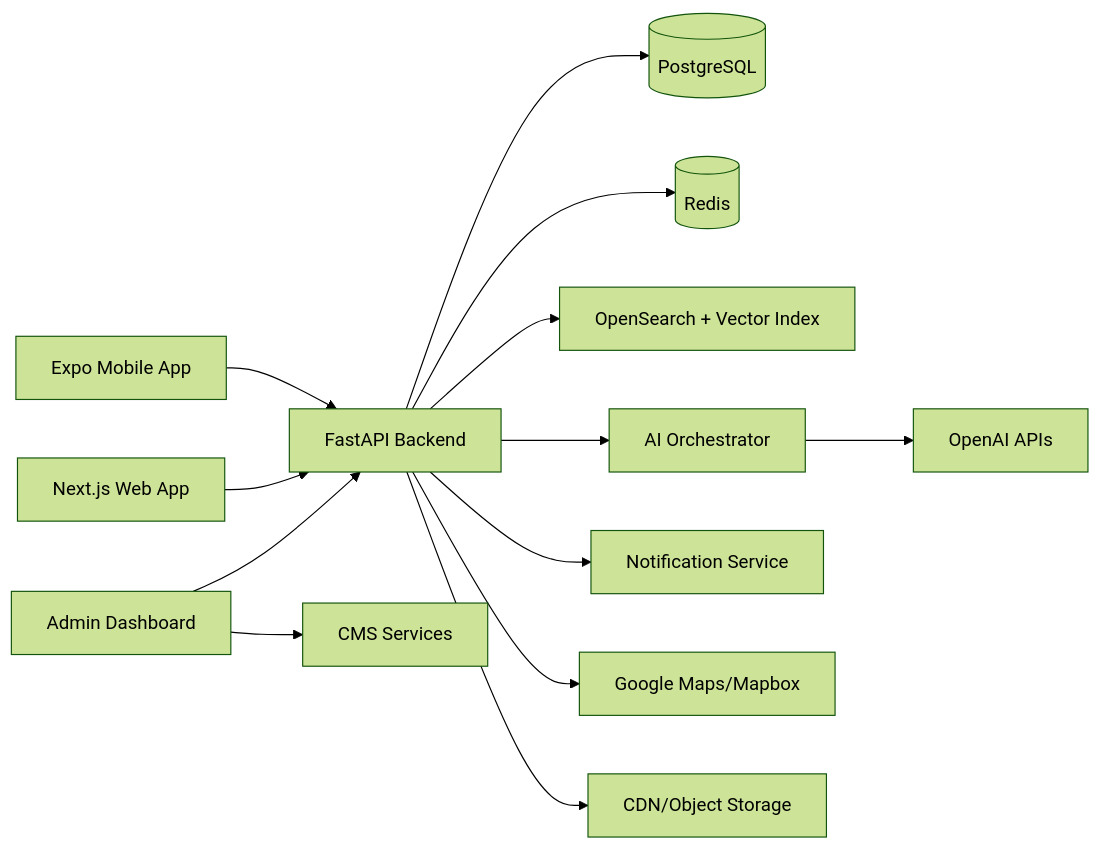
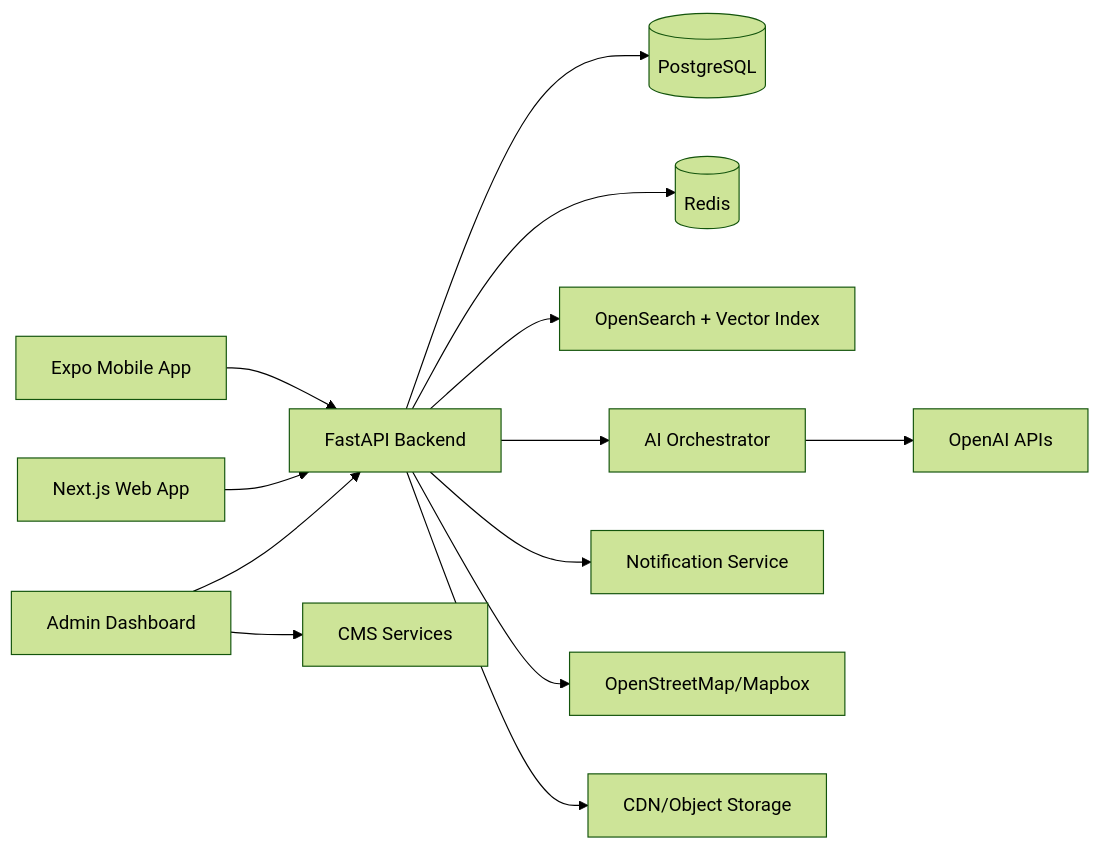
Diagram 17 of 19 in docs/product-blueprint.md (aiautotool/dulichvn), drawn with Mermaid (forest theme) before and after one commit. The commit also changed other lines of this file and 108 other files, not shown here.

````diff
--- a/docs/product-blueprint.md
+++ b/docs/product-blueprint.md
@@ -1925,15 +1925,15 @@
 ```mermaid
 flowchart LR
   Mobile[Expo Mobile App] --> API[FastAPI Backend]
   Web[Next.js Web App] --> API
   Admin[Admin Dashboard] --> API
   API --> PG[(PostgreSQL)]
   API --> Redis[(Redis)]
   API --> Search[OpenSearch + Vector Index]
   API --> AI[AI Orchestrator]
   API --> Notify[Notification Service]
   AI --> OpenAI[OpenAI APIs]
-  API --> Maps[Google Maps/Mapbox]
+  API --> Maps[OpenStreetMap/Mapbox]
   API --> CDN[CDN/Object Storage]
   Admin --> CMS[CMS Services]
 ```
````
